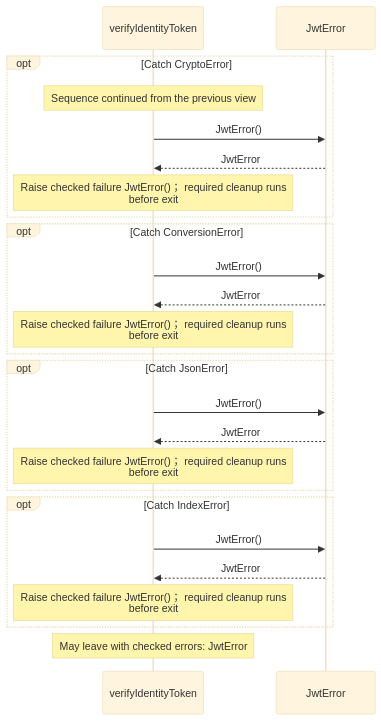
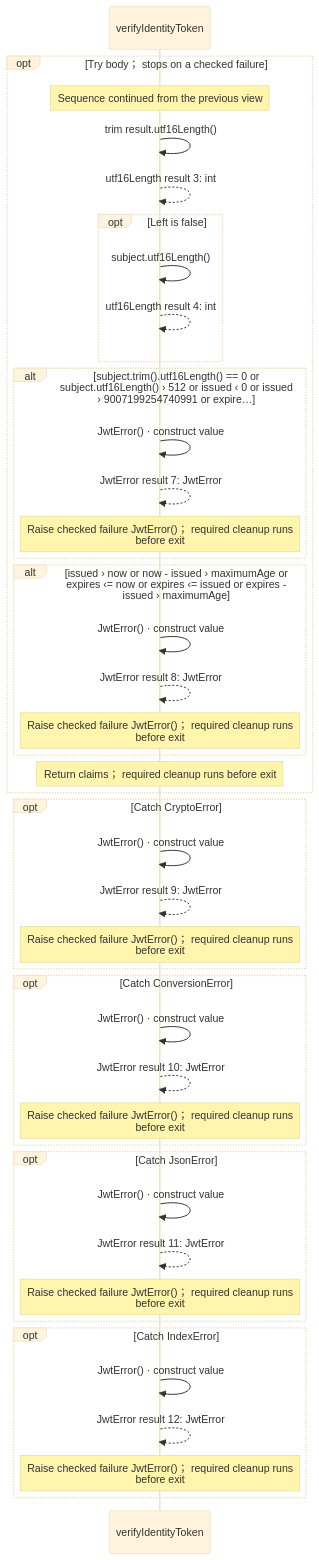
One commit to GreenPandaStudios/augscript changed diagram 18 of 20 in src/stdlib/crypto/jose.aug.diagrams.md. Above: the diagram before and after it, drawn with Mermaid (base theme). The commit also changed other lines of this file and 304 other files, not shown here.

Commit message:
Make generated data-flow sequences concise and review every diagram

````diff
--- a/src/stdlib/crypto/jose.aug.diagrams.md
+++ b/src/stdlib/crypto/jose.aug.diagrams.md
@@ -522,27 +508,45 @@
 ```mermaid
 sequenceDiagram
     participant p0 as verifyIdentityToken
-    participant p1 as JwtError
+
+    opt Try body； stops on a checked failure
+    Note over p0: Sequence continued from the previous view
+    p0->>p0: trim result.utf16Length()
+    p0-->>p0: utf16Length result 3: int
+    opt Left is false
+    p0->>p0: subject.utf16Length()
+    p0-->>p0: utf16Length result 4: int
+    end
+    alt subject.trim().utf16Length() == 0 or subject.utf16Length() › 512 or issued ‹ 0 or issued › 9007199254740991 or expire…
+    p0->>p0: JwtError() · construct value
+    p0-->>p0: JwtError result 7: JwtError
+    Note over p0: Raise checked failure JwtError()； required cleanup runs<br/>before exit
+    end
+    alt issued › now or now - issued › maximumAge or expires ‹= now or expires ‹= issued or expires - issued › maximumAge
+    p0->>p0: JwtError() · construct value
+    p0-->>p0: JwtError result 8: JwtError
+    Note over p0: Raise checked failure JwtError()； required cleanup runs<br/>before exit
+    end
+    Note over p0: Return claims； required cleanup runs before exit
+    end
     opt Catch CryptoError
-    Note over p0: Sequence continued from the previous view
-    p0->>p1: JwtError()
-    p1-->>p0: JwtError
+    p0->>p0: JwtError() · construct value
+    p0-->>p0: JwtError result 9: JwtError
     Note over p0: Raise checked failure JwtError()； required cleanup runs<br/>before exit
     end
     opt Catch ConversionError
-    p0->>p1: JwtError()
-    p1-->>p0: JwtError
+    p0->>p0: JwtError() · construct value
+    p0-->>p0: JwtError result 10: JwtError
     Note over p0: Raise checked failure JwtError()； required cleanup runs<br/>before exit
     end
     opt Catch JsonError
-    p0->>p1: JwtError()
-    p1-->>p0: JwtError
+    p0->>p0: JwtError() · construct value
+    p0-->>p0: JwtError result 11: JwtError
     Note over p0: Raise checked failure JwtError()； required cleanup runs<br/>before exit
     end
     opt Catch IndexError
-    p0->>p1: JwtError()
-    p1-->>p0: JwtError
+    p0->>p0: JwtError() · construct value
+    p0-->>p0: JwtError result 12: JwtError
     Note over p0: Raise checked failure JwtError()； required cleanup runs<br/>before exit
     end
-    Note over p0: May leave with checked errors: JwtError
 ```
````
